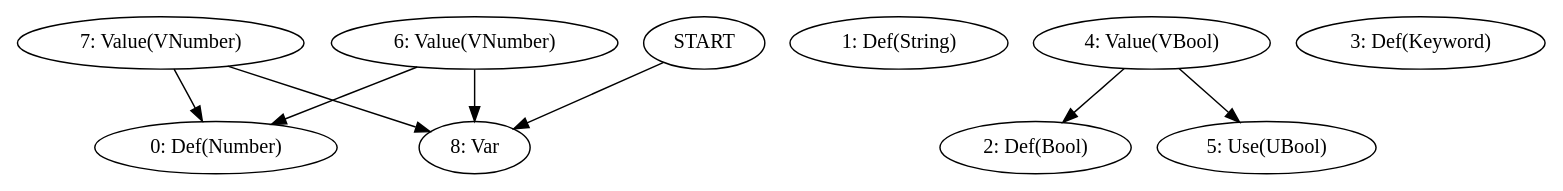
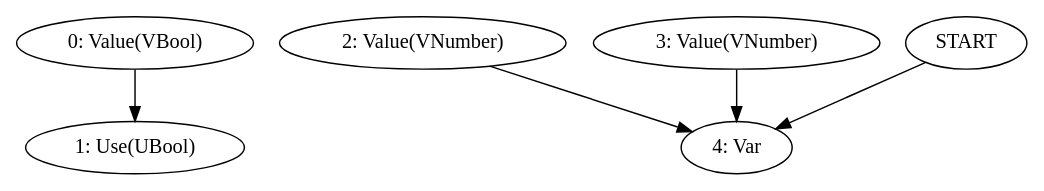
One commit to frondeus/project-s changed the diagram in docs/log/2025-06-20.md. Above: the diagram before and after it, drawn with Graphviz. The commit also changed other lines of this file and 31 other files, not shown here.

````diff
--- a/docs/log/2025-06-20.md
+++ b/docs/log/2025-06-20.md
@@ -30,21 +30,14 @@
 ```graphviz
 digraph G {
-N0 [label="0: Def(Number)"];
-N1 [label="1: Def(String)"];
-N2 [label="2: Def(Bool)"];
-N3 [label="3: Def(Keyword)"];
-N4 [label="4: Value(VBool)"];
-N5 [label="5: Use(UBool)"];
-N6 [label="6: Value(VNumber)"];
-N7 [label="7: Value(VNumber)"];
-N8 [label="8: Var"];
-START -> N8
-N4 -> N2;
-N4 -> N5;
-N6 -> N0;
-N6 -> N8;
-N7 -> N0;
-N7 -> N8;
+N0 [label="0: Value(VBool)"];
+N1 [label="1: Use(UBool)"];
+N2 [label="2: Value(VNumber)"];
+N3 [label="3: Value(VNumber)"];
+N4 [label="4: Var"];
+START -> N4
+N0 -> N1;
+N2 -> N4;
+N3 -> N4;
 }
 
 ```
````
